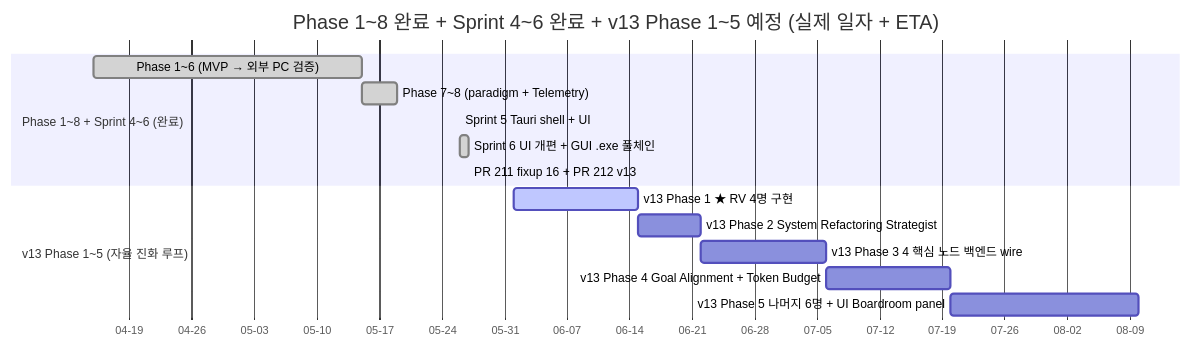
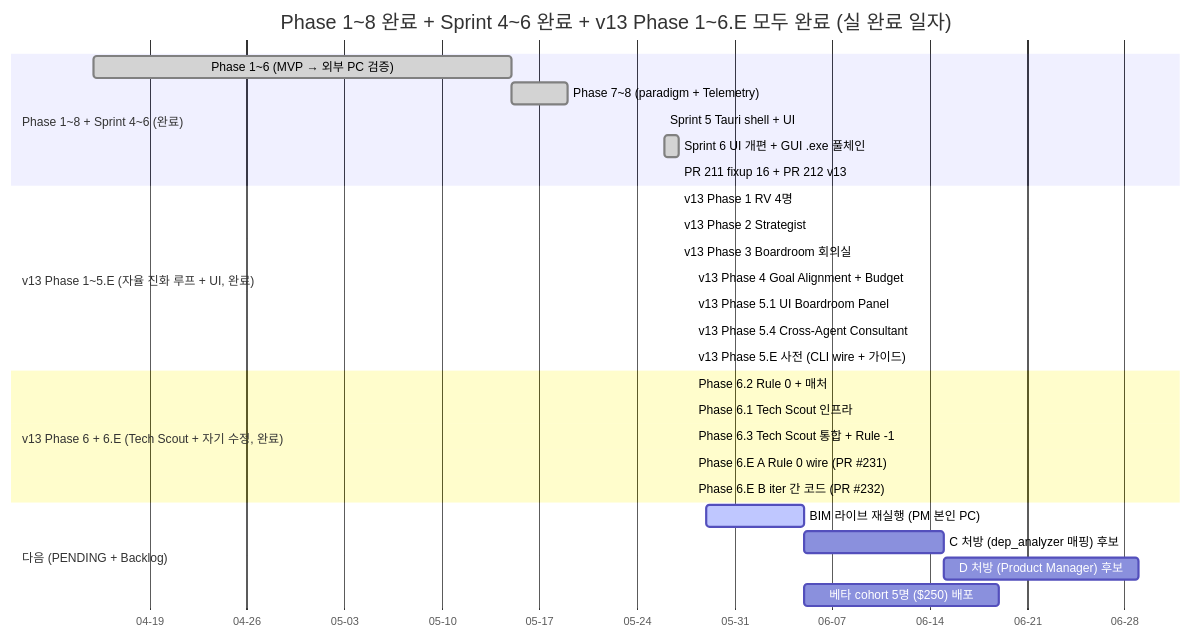
The second of 4 diagrams in docs/architecture/phase_progress.md (SongJongwon/nexus-alpha), drawn with Mermaid before and after one commit. The commit also changed other lines of this file and 2 other files, not shown here.

First line of the commit message:
docs: 2026-05-28 세션 마무리 — Phase 6.E A+B 완성 반영 3 문서 갱신 (#233)

````diff
--- a/docs/architecture/phase_progress.md
+++ b/docs/architecture/phase_progress.md
@@ -55,21 +65,36 @@
 ```mermaid
 gantt
-    title Phase 1~8 완료 + Sprint 4~6 완료 + v13 Phase 1~5 예정 (실제 일자 + ETA)
+    title Phase 1~8 완료 + Sprint 4~6 완료 + v13 Phase 1~6.E 모두 완료 (실 완료 일자)
     dateFormat YYYY-MM-DD
     axisFormat %m-%d
     todayMarker stroke-width:3px,stroke:#ef4444
 
     section Phase 1~8 + Sprint 4~6 (완료)
-    Phase 1~6 (MVP → 외부 PC 검증)  :done, p16, 2026-04-15, 2026-05-15
-    Phase 7~8 (paradigm + Telemetry) :done, p78, 2026-05-15, 2026-05-19
-    Sprint 5 Tauri shell + UI        :done, s5,  2026-05-26, 2026-05-26
-    Sprint 6 UI 개편 + GUI .exe 풀체인 :done, s6,  2026-05-26, 2026-05-27
-    PR 211 fixup 16 + PR 212 v13     :done, vc,  2026-05-27, 2026-05-27
+    Phase 1~6 (MVP → 외부 PC 검증)   :done, p16, 2026-04-15, 2026-05-15
+    Phase 7~8 (paradigm + Telemetry)  :done, p78, 2026-05-15, 2026-05-19
+    Sprint 5 Tauri shell + UI         :done, s5,  2026-05-26, 2026-05-26
+    Sprint 6 UI 개편 + GUI .exe 풀체인  :done, s6,  2026-05-26, 2026-05-27
+    PR 211 fixup 16 + PR 212 v13      :done, vc,  2026-05-27, 2026-05-27
 
-    section v13 Phase 1~5 (자율 진화 루프)
-    v13 Phase 1 ★ RV 4명 구현             :active, v1, 2026-06-01, 2026-06-15
-    v13 Phase 2 System Refactoring Strategist :     v2, 2026-06-15, 2026-06-22
-    v13 Phase 3 4 핵심 노드 백엔드 wire   :     v3, 2026-06-22, 2026-07-06
-    v13 Phase 4 Goal Alignment + Token Budget :     v4, 2026-07-06, 2026-07-20
-    v13 Phase 5 나머지 6명 + UI Boardroom panel : v5, 2026-07-20, 2026-08-10
+    section v13 Phase 1~5.E (자율 진화 루프 + UI, 완료)
+    v13 Phase 1 RV 4명                :done, v1, 2026-05-27, 2026-05-27
+    v13 Phase 2 Strategist            :done, v2, 2026-05-27, 2026-05-27
+    v13 Phase 3 Boardroom 회의실        :done, v3, 2026-05-27, 2026-05-27
+    v13 Phase 4 Goal Alignment + Budget :done, v4, 2026-05-28, 2026-05-28
+    v13 Phase 5.1 UI Boardroom Panel  :done, v51, 2026-05-28, 2026-05-28
+    v13 Phase 5.4 Cross-Agent Consultant :done, v54, 2026-05-28, 2026-05-28
+    v13 Phase 5.E 사전 (CLI wire + 가이드)  :done, v5e, 2026-05-28, 2026-05-28
+
+    section v13 Phase 6 + 6.E (Tech Scout + 자기 수정, 완료)
+    Phase 6.2 Rule 0 + 매처            :done, p62, 2026-05-28, 2026-05-28
+    Phase 6.1 Tech Scout 인프라         :done, p61, 2026-05-28, 2026-05-28
+    Phase 6.3 Tech Scout 통합 + Rule -1 :done, p63, 2026-05-28, 2026-05-28
+    Phase 6.E A Rule 0 wire (PR #231)  :done, p6ea, 2026-05-28, 2026-05-28
+    Phase 6.E B iter 간 코드 (PR #232)  :done, p6eb, 2026-05-28, 2026-05-28
+
+    section 다음 (PENDING + Backlog)
+    BIM 라이브 재실행 (PM 본인 PC)        :active, blive, 2026-05-29, 7d
+    C 처방 (dep_analyzer 매핑) 후보      :         cdep,  after blive, 10d
+    D 처방 (Product Manager) 후보        :         dpm,   after cdep, 14d
+    베타 cohort 5명 ($250) 배포          :         beta,  after blive, 14d
 ```
````
